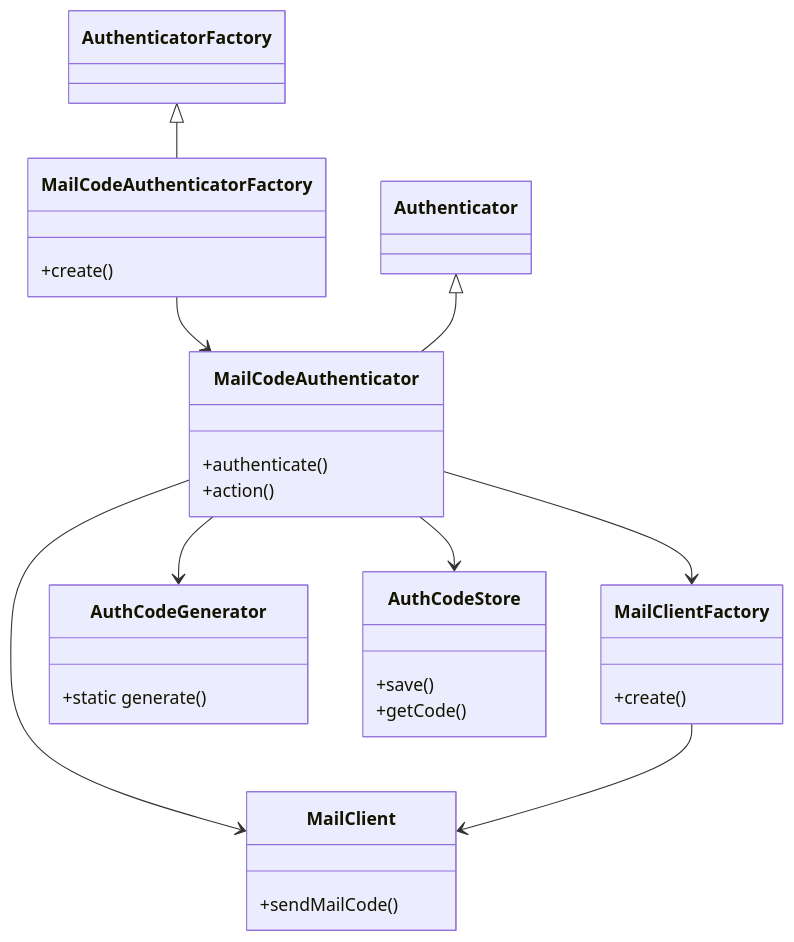
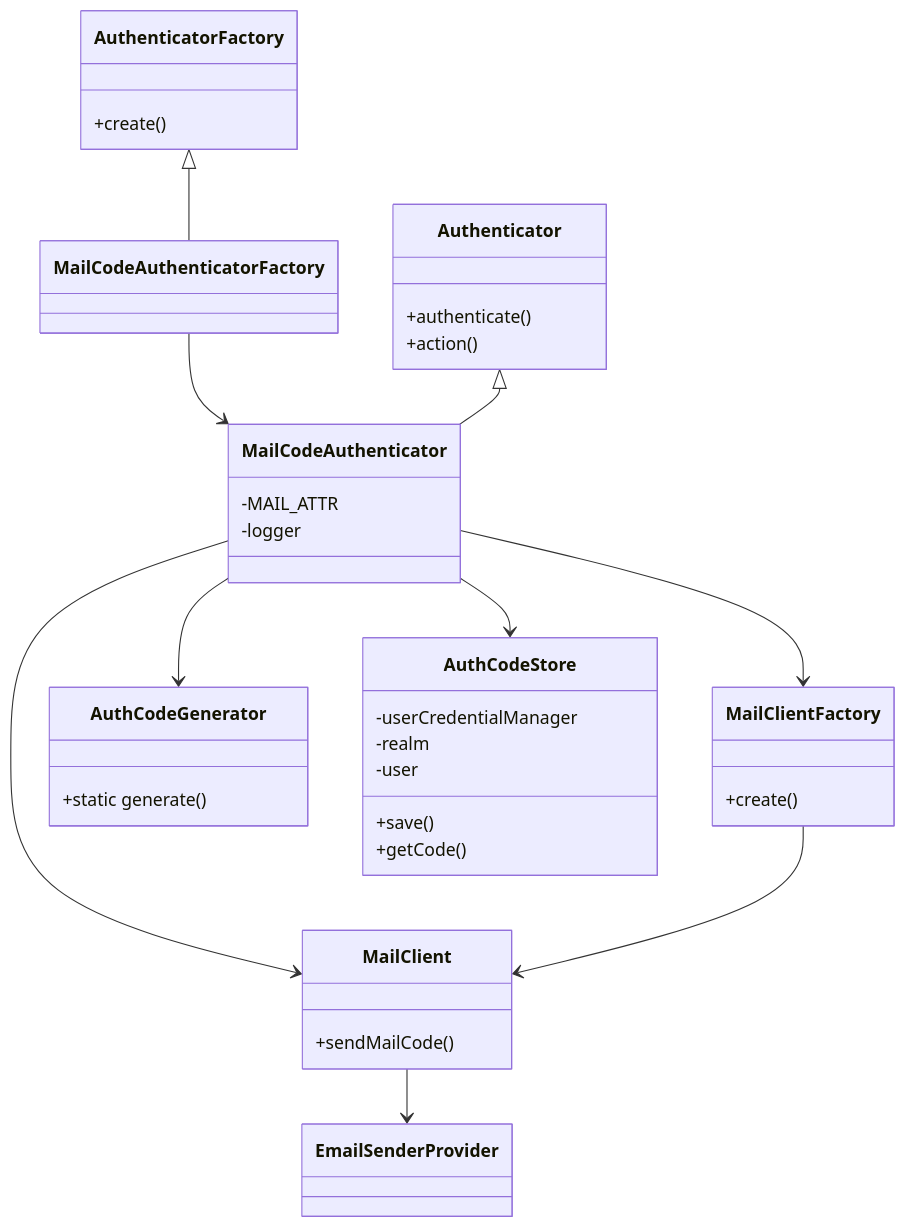
The second of 2 diagrams in README.md (manaty226/keycloak-mail-otp-spi), drawn with Mermaid before and after one commit. The commit also changed other lines of this file, not shown here.

Commit message:
fix: fix project class structure

````diff
--- a/README.md
+++ b/README.md
@@ -19,37 +19,51 @@
 ```mermaid
 classDiagram
-  class MailCodeAuthenticator {
+
+  class AuthenticatorFactory {
+    +create()  
+  }
+  
+  class Authenticator {
     +authenticate()
-    +action()
+    +action()  
   }
 
+class MailCodeAuthenticator {
+  -MAIL_ATTR
+  -logger
+}
+
   class MailCodeAuthenticatorFactory {
-    +create()
   }
 
   class MailClient {
     +sendMailCode()
   }
 
   class MailClientFactory {
     +create()
   }
 
   class AuthCodeGenerator {
     +static generate()
   }
 
   class AuthCodeStore {
+    -userCredentialManager
+    -realm
+    -user
     +save()
     +getCode()
   }
 
   MailCodeAuthenticatorFactory --> MailCodeAuthenticator
   MailCodeAuthenticator --> MailClient
   MailCodeAuthenticator --> MailClientFactory
   MailCodeAuthenticator --> AuthCodeStore
   MailCodeAuthenticator --> AuthCodeGenerator
   MailClientFactory --> MailClient
   Authenticator <|-- MailCodeAuthenticator
   AuthenticatorFactory <|-- MailCodeAuthenticatorFactory
+  MailClient --> EmailSenderProvider
+  
 ```
````
